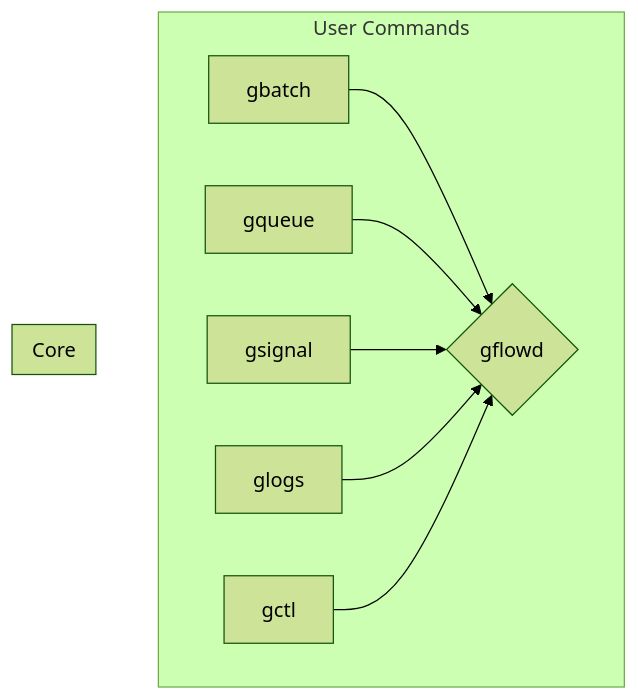
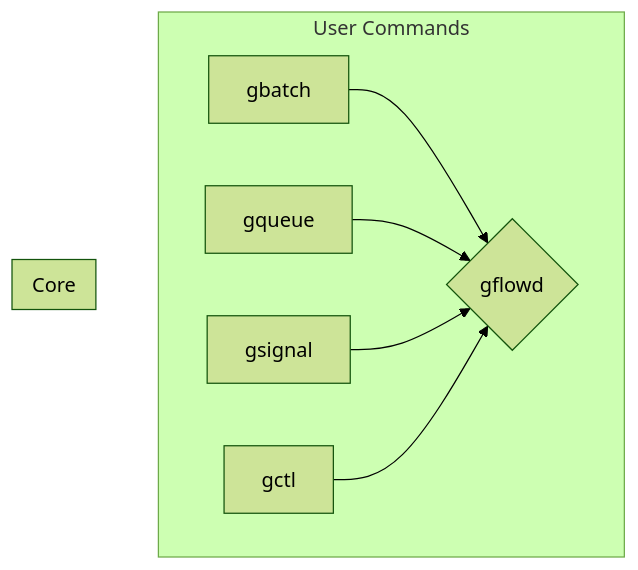
Before and after one commit to AndPuQing/gflow: the diagram in DESIGN.md, drawn with Mermaid (forest theme). The commit also changed other lines of this file and 8 other files, not shown here.

````diff
--- a/DESIGN.md
+++ b/DESIGN.md
@@ -18,14 +17,13 @@
 ```mermaid
 graph TD
     subgraph User Commands
         A[gbatch] --> C{gflowd}
         B[gqueue] --> C
         D[gsignal] --> C
-        E[glogs] --> C
         F[gctl] --> C
     end
 
     subgraph Core
         C
     end
 ```
````
